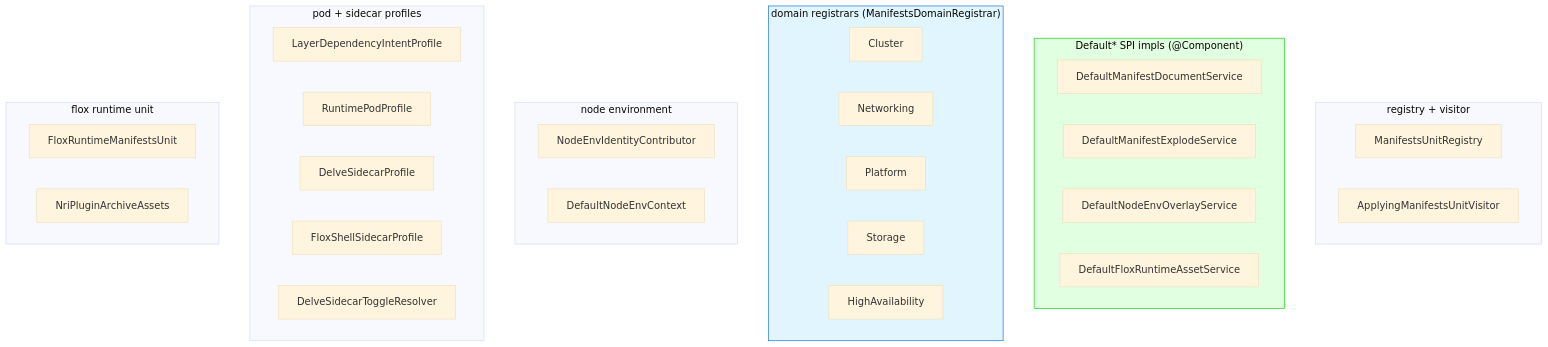
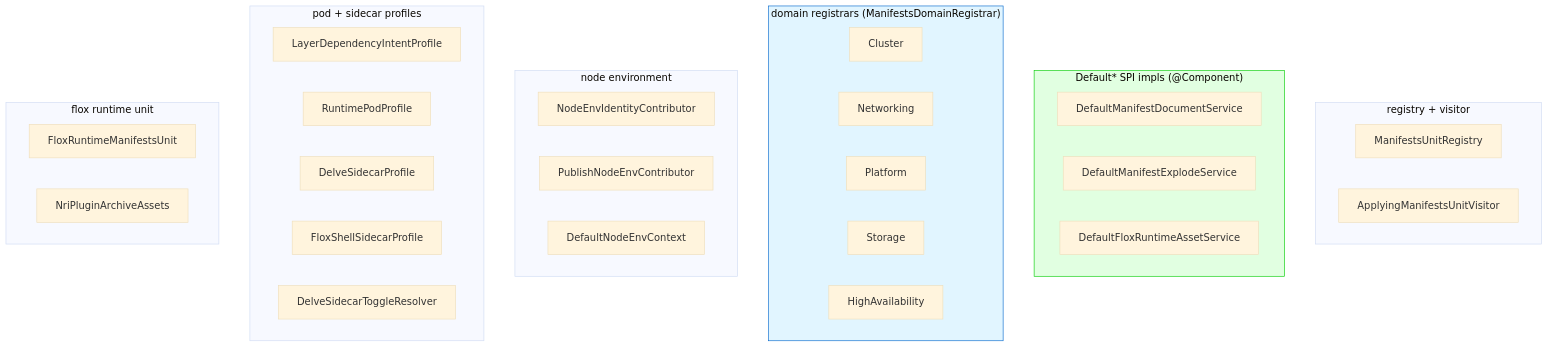
Before and after one commit to nxmatic/rke2lab: the sixth of 6 diagrams in docs/architecture/manifests/manifests-architecture.adoc, drawn with Mermaid (base theme). The commit also changed other lines of this file and 5 other files, not shown here.

```diff
--- a/docs/architecture/manifests/manifests-architecture.adoc
+++ b/docs/architecture/manifests/manifests-architecture.adoc
@@ -643,38 +634,38 @@
 [mermaid]
 ----
 graph TB
     subgraph reg["registry + visitor"]
       RG["ManifestsUnitRegistry"]
       VIS["ApplyingManifestsUnitVisitor"]
     end
     subgraph svc["Default* SPI impls (@Component)"]
       DDOC["DefaultManifestDocumentService"]
       DEXP["DefaultManifestExplodeService"]
-      DNEO["DefaultNodeEnvOverlayService"]
       DFLOX["DefaultFloxRuntimeAssetService"]
     end
     subgraph regs["domain registrars (ManifestsDomainRegistrar)"]
       RC["Cluster"]
       RN["Networking"]
       RP["Platform"]
       RS["Storage"]
       RH["HighAvailability"]
     end
     subgraph node["node environment"]
       NIC["NodeEnvIdentityContributor"]
+      PNEC["PublishNodeEnvContributor"]
       DNEC["DefaultNodeEnvContext"]
     end
     subgraph prof["pod + sidecar profiles"]
       LDIP["LayerDependencyIntentProfile"]
       RPP["RuntimePodProfile"]
       DSP["DelveSidecarProfile"]
       FSSP["FloxShellSidecarProfile"]
       DSTR["DelveSidecarToggleResolver"]
     end
     subgraph flox["flox runtime unit"]
       FRMU["FloxRuntimeManifestsUnit"]
       NRI["NriPluginArchiveAssets"]
     end
     style svc fill:#e1ffe1,stroke:#00cc00
     style regs fill:#e1f5ff,stroke:#0066cc
 ----
```
